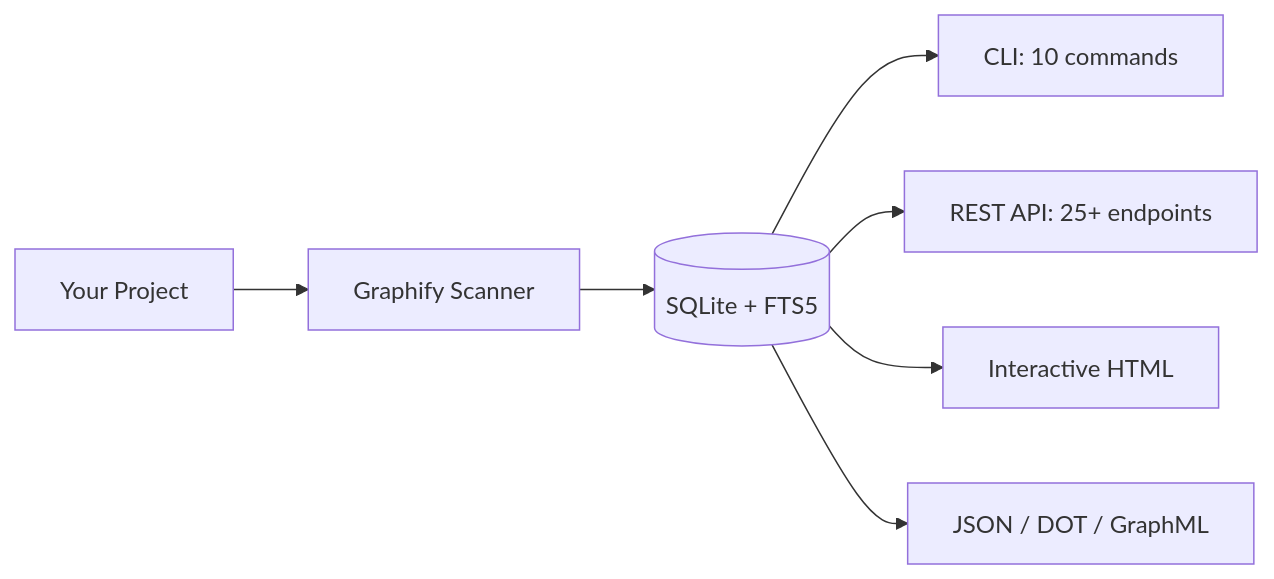
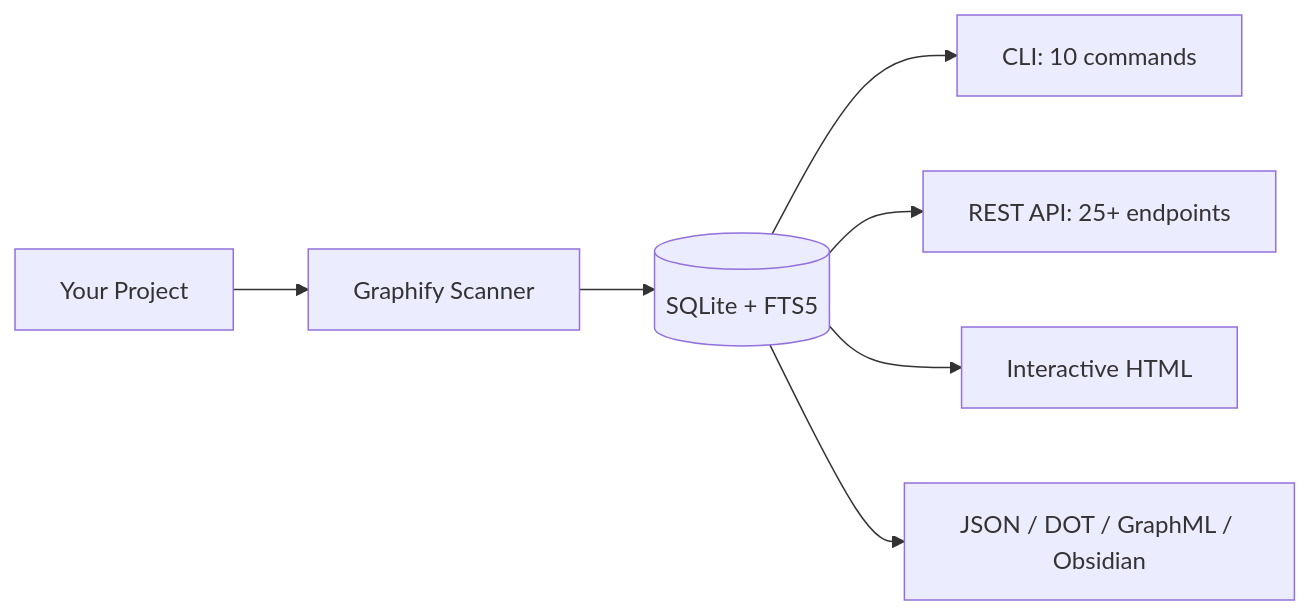
Diagram 21 of 24 in FEATURES.md (KhaiTrang1995/AI-Agents-Orchestrator), drawn with Mermaid before and after one commit. The commit also changed other lines of this file and 13 other files, not shown here.

Commit message:
feat: add Obsidian vault export functionality and enhance documentation

````diff
--- a/FEATURES.md
+++ b/FEATURES.md
@@ -1189,9 +1191,9 @@
 ```mermaid
 graph LR
     PROJECT[Your Project] --> GRAPHIFY[Graphify Scanner]
     GRAPHIFY --> GRAPH[(SQLite + FTS5)]
     GRAPH --> CLI[CLI: 10 commands]
     GRAPH --> API[REST API: 25+ endpoints]
     GRAPH --> VIZ[Interactive HTML]
-    GRAPH --> EXPORT[JSON / DOT / GraphML]
+    GRAPH --> EXPORT[JSON / DOT / GraphML / Obsidian]
 ```
````
